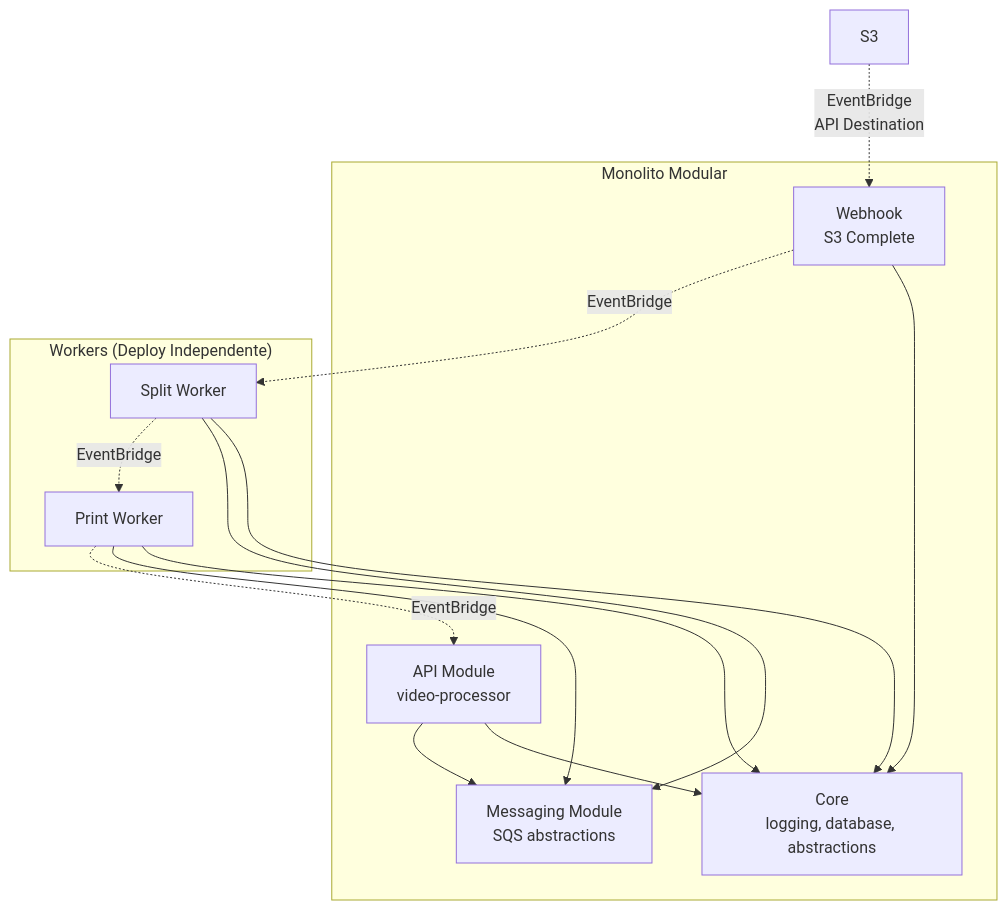
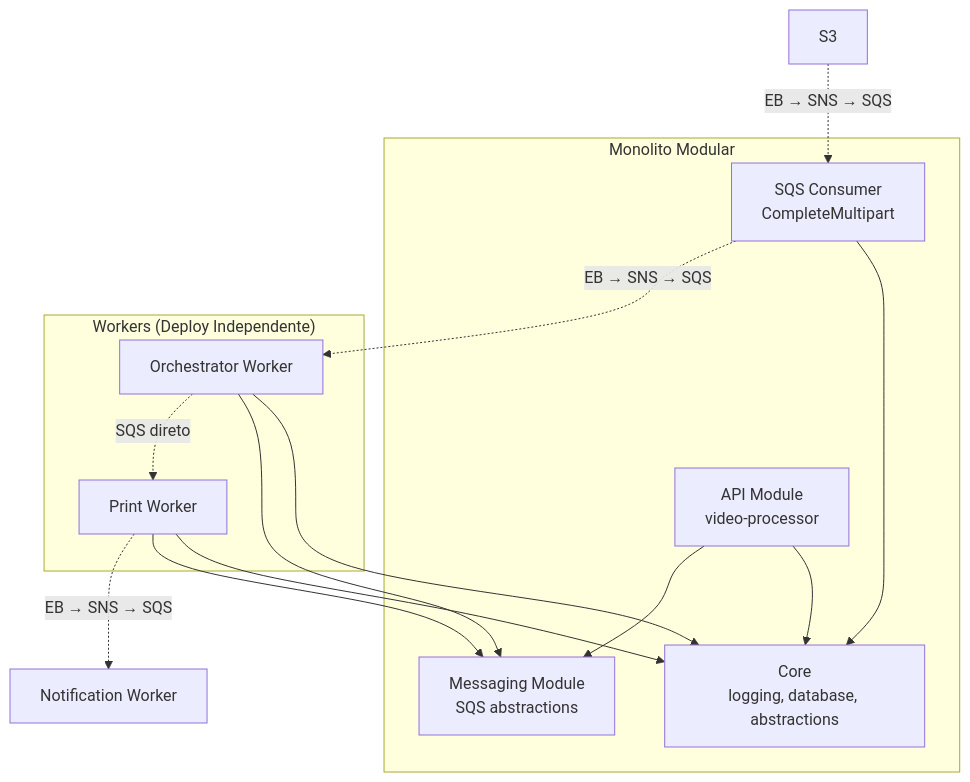
Before and after one commit to FreitasArao/fiap-image: the diagram in docs/adrs/09.md, drawn with Mermaid. The commit also changed other lines of this file and 42 other files, not shown here.

Commit message:
feat: Refactor video processing architecture to implement SNS for event fan-out, enhancing resilience and extensibility with SQS integration for multipart upload completion and video status updates

````diff
--- a/docs/adrs/09.md
+++ b/docs/adrs/09.md
@@ -78,27 +75,27 @@
 ```mermaid
 graph TB
     subgraph "Monolito Modular"
         API[API Module<br/>video-processor]
-        WEBHOOK[Webhook<br/>S3 Complete]
+        CONSUMER[SQS Consumer<br/>CompleteMultipart]
         CORE[Core<br/>logging, database, abstractions]
         MSG[Messaging Module<br/>SQS abstractions]
     end
 
     subgraph "Workers (Deploy Independente)"
-        SPLIT[Split Worker]
+        ORCH[Orchestrator Worker]
         PRINT[Print Worker]
     end
 
     API --> CORE
     API --> MSG
-    WEBHOOK --> CORE
-    SPLIT --> CORE
-    SPLIT --> MSG
+    CONSUMER --> CORE
+    ORCH --> CORE
+    ORCH --> MSG
     PRINT --> CORE
     PRINT --> MSG
 
-    S3[S3] -.->|EventBridge<br/>API Destination| WEBHOOK
-    WEBHOOK -.->|EventBridge| SPLIT
-    SPLIT -.->|EventBridge| PRINT
-    PRINT -.->|EventBridge| API
+    S3[S3] -.->|EB → SNS → SQS| CONSUMER
+    CONSUMER -.->|EB → SNS → SQS| ORCH
+    ORCH -.->|SQS direto| PRINT
+    PRINT -.->|EB → SNS → SQS| NW[Notification Worker]
 ```
````
